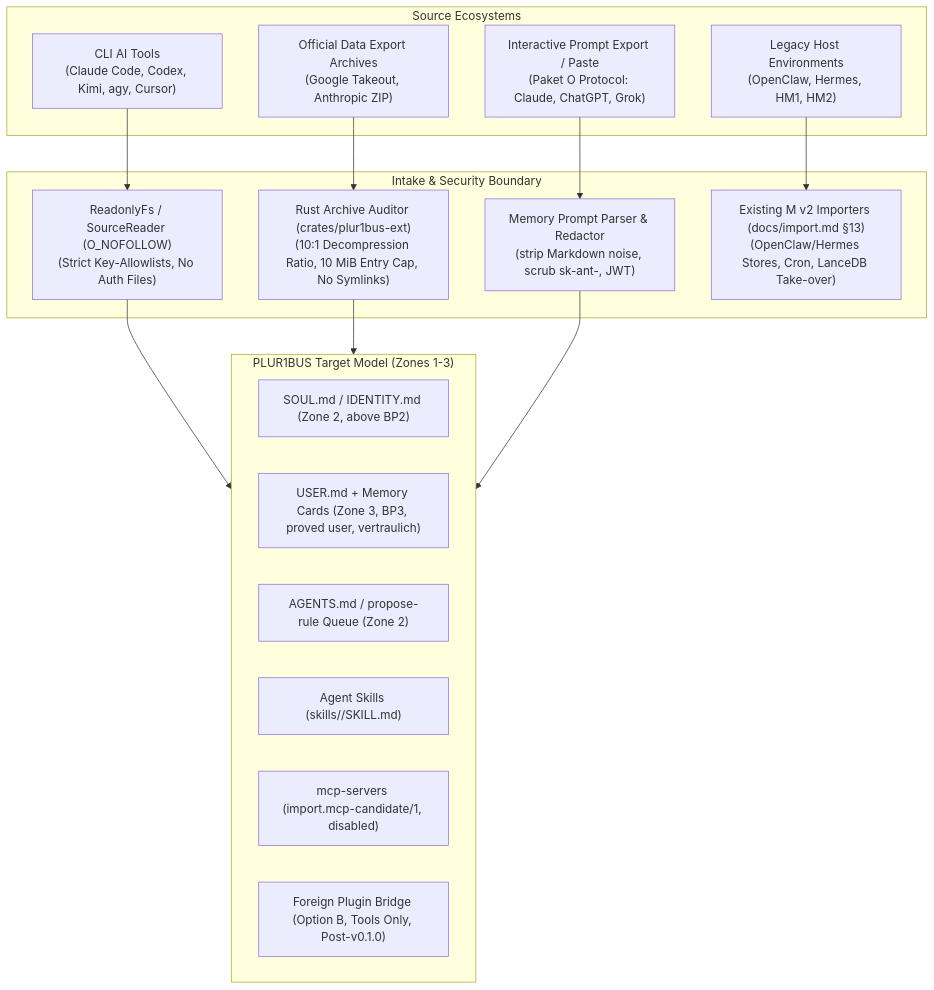
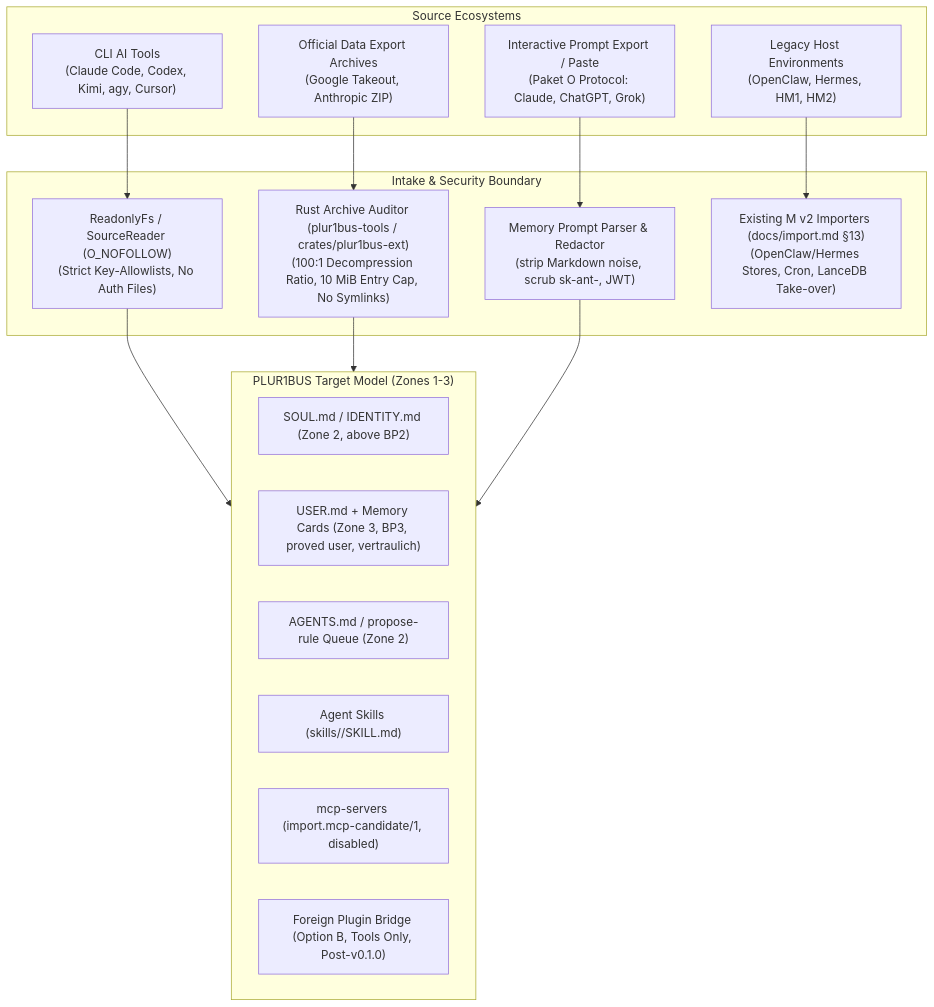
One commit to Cyb3rb1ade/PLUR1BUS-Harness changed the diagram in docs/research/2026-10-27-profile-and-extension-sources.md. Above: the diagram before and after it, drawn with Mermaid. The commit also changed other lines of this file and 4 other files, not shown here.

````diff
--- a/docs/research/2026-10-27-profile-and-extension-sources.md
+++ b/docs/research/2026-10-27-profile-and-extension-sources.md
@@ -195,30 +195,30 @@
 ```mermaid
 flowchart TD
     subgraph Sources["Source Ecosystems"]
         CLI["CLI AI Tools\n(Claude Code, Codex, Kimi, agy, Cursor)"]
         Archives["Official Data Export Archives\n(Google Takeout, Anthropic ZIP)"]
         Paste["Interactive Prompt Export / Paste\n(Paket O Protocol: Claude, ChatGPT, Grok)"]
         Legacy["Legacy Host Environments\n(OpenClaw, Hermes, HM1, HM2)"]
     end
 
     subgraph Intake["Intake & Security Boundary"]
         Readonly["ReadonlyFs / SourceReader (O_NOFOLLOW)\n(Strict Key-Allowlists, No Auth Files)"]
-        RustAudit["Rust Archive Auditor (crates/plur1bus-ext)\n(10:1 Decompression Ratio, 10 MiB Entry Cap, No Symlinks)"]
+        RustAudit["Rust Archive Auditor (plur1bus-tools / crates/plur1bus-ext)\n(100:1 Decompression Ratio, 10 MiB Entry Cap, No Symlinks)"]
         TextSanitize["Memory Prompt Parser & Redactor\n(strip Markdown noise, scrub sk-ant-, JWT)"]
         LegacyImporter["Existing M v2 Importers (docs/import.md §13)\n(OpenClaw/Hermes Stores, Cron, LanceDB Take-over)"]
     end
 
     subgraph Normalization["PLUR1BUS Target Model (Zones 1-3)"]
         Soul["SOUL.md / IDENTITY.md (Zone 2, above BP2)"]
         User["USER.md + Memory Cards (Zone 3, BP3, proved user, vertraulich)"]
         Rules["AGENTS.md / propose-rule Queue (Zone 2)"]
         Skills["Agent Skills (skills/<id>/SKILL.md)"]
         MCP["mcp-servers (import.mcp-candidate/1, disabled)"]
         Bridge["Foreign Plugin Bridge (Option B, Tools Only, Post-v0.1.0)"]
     end
 
     CLI --> Readonly --> Normalization
     Archives --> RustAudit --> Normalization
     Paste --> TextSanitize --> Normalization
     Legacy --> LegacyImporter
 ```
````
